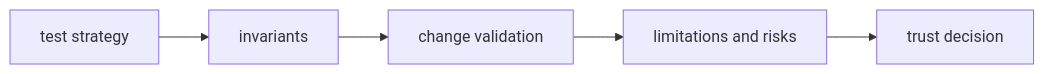
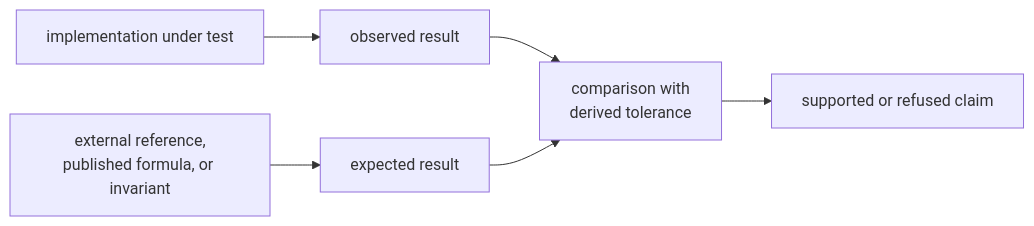
One commit to bijux/bijux-telecom changed the second of 2 diagrams in docs/04-bijux-gnss-nav/quality/index.md. Above: the diagram before and after it, drawn with Mermaid. The commit also changed other lines of this file and 1 other file, not shown here.

Commit message:
docs(nav): require independent scientific evidence

````diff
--- a/docs/04-bijux-gnss-nav/quality/index.md
+++ b/docs/04-bijux-gnss-nav/quality/index.md
@@ -18,10 +49,15 @@
 ```mermaid
 flowchart LR
-    tests["test strategy"]
-    invariants["invariants"]
-    validation["change validation"]
-    limits["limitations and risks"]
-    trust["trust decision"]
+    implementation["implementation under test"]
+    independent["external reference,<br/>published formula, or invariant"]
+    observed["observed result"]
+    expected["expected result"]
+    comparison["comparison with<br/>derived tolerance"]
+    decision["supported or refused claim"]
 
-    tests --> invariants --> validation --> limits --> trust
+    implementation --> observed
+    independent --> expected
+    observed --> comparison
+    expected --> comparison
+    comparison --> decision
 ```
````
